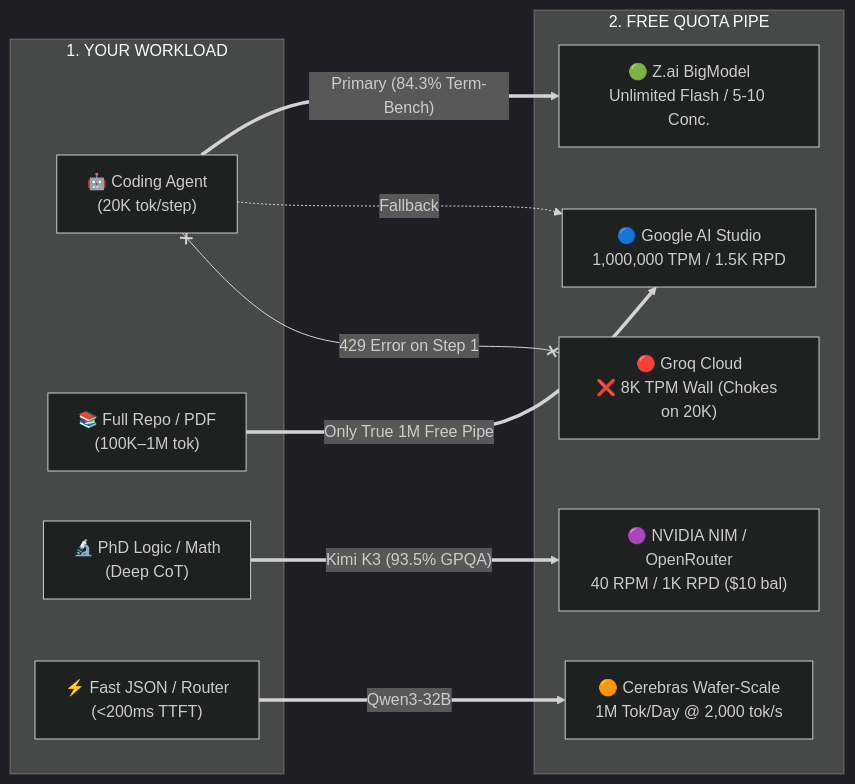
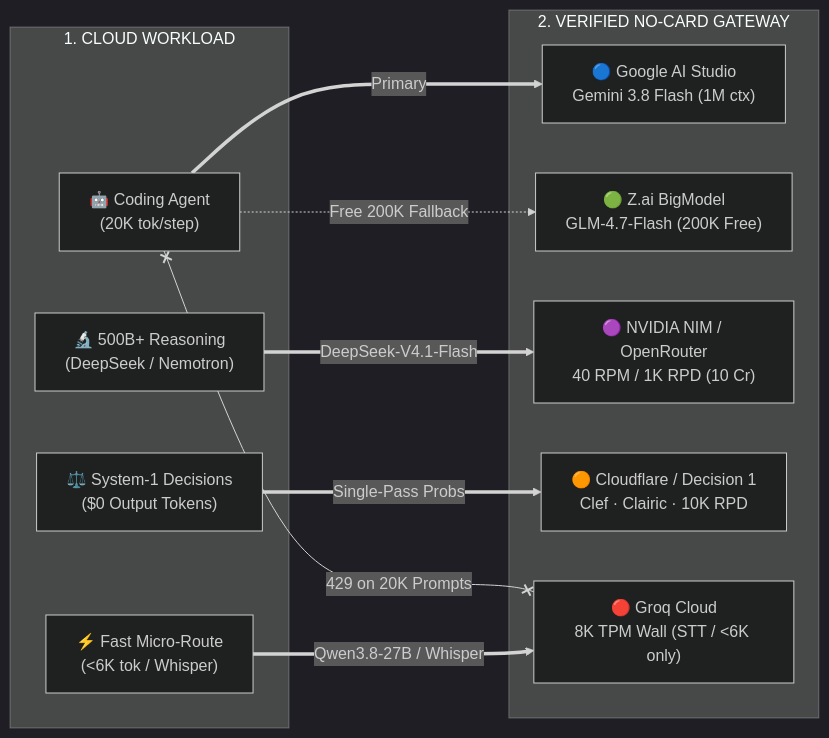
One commit to initalok/ai-swissknife changed the diagram in README.md. Above: the diagram before and after it, drawn with Mermaid (dark theme). The commit also changed other lines of this file and 12 other files, not shown here.

````diff
--- a/README.md
+++ b/README.md
@@ -12,24 +14,22 @@
 ```mermaid
 flowchart LR
-    subgraph INTENT ["1. YOUR WORKLOAD"]
+    subgraph INTENT ["1. CLOUD WORKLOAD"]
         A["🤖 Coding Agent<br/>(20K tok/step)"]
-        B["📚 Full Repo / PDF<br/>(100K–1M tok)"]
-        C["🔬 PhD Logic / Math<br/>(Deep CoT)"]
-        D["⚡ Fast JSON / Router<br/>(<200ms TTFT)"]
+        B["🔬 500B+ Reasoning<br/>(DeepSeek / Nemotron)"]
+        C["⚖️ System-1 Decisions<br/>($0 Output Tokens)"]
+        D["⚡ Fast Micro-Route<br/>(<6K tok / Whisper)"]
     end
-
-    subgraph PIPE ["2. FREE QUOTA PIPE"]
-        P1["🟢 Z.ai BigModel<br/>Unlimited Flash / 5-10 Conc."]
-        P2["🔵 Google AI Studio<br/>1,000,000 TPM / 1.5K RPD"]
-        P3["🟣 NVIDIA NIM / OpenRouter<br/>40 RPM / 1K RPD ($10 bal)"]
-        P4["🟠 Cerebras Wafer-Scale<br/>1M Tok/Day @ 2,000 tok/s"]
-        TRAP["🔴 Groq Cloud<br/>❌ 8K TPM Wall (Chokes on 20K)"]
+    subgraph PIPE ["2. VERIFIED NO-CARD GATEWAY"]
+        P1["🔵 Google AI Studio<br/>Gemini 3.8 Flash (1M ctx)"]
+        P2["🟢 Z.ai BigModel<br/>GLM-4.7-Flash (200K Free)"]
+        P3["🟣 NVIDIA NIM / OpenRouter<br/>40 RPM / 1K RPD (10 Cr)"]
+        P4["🟠 Cloudflare / Decision 1<br/>Clef · Clairic · 10K RPD"]
+        TRAP["🔴 Groq Cloud<br/>8K TPM Wall (STT / <6K only)"]
     end
-
-    A ==>|"Primary (84.3% Term-Bench)"| P1
-    A -.->|"Fallback"| P2
-    A x--x|"429 Error on Step 1"| TRAP
-    B ==>|"Only True 1M Free Pipe"| P2
-    C ==>|"Kimi K3 (93.5% GPQA)"| P3
-    D ==>|"Qwen3-32B"| P4
+    A ==>|"Primary"| P1
+    A -.->|"Free 200K Fallback"| P2
+    A x--x|"429 on 20K Prompts"| TRAP
+    B ==>|"DeepSeek-V4.1-Flash"| P3
+    C ==>|"Single-Pass Probs"| P4
+    D ==>|"Qwen3.8-27B / Whisper"| TRAP
 ```
````
